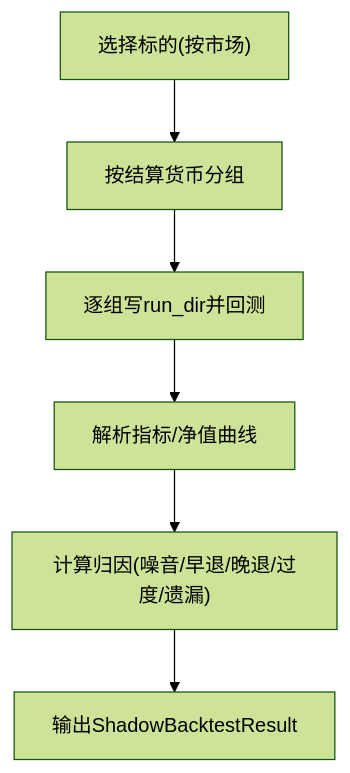
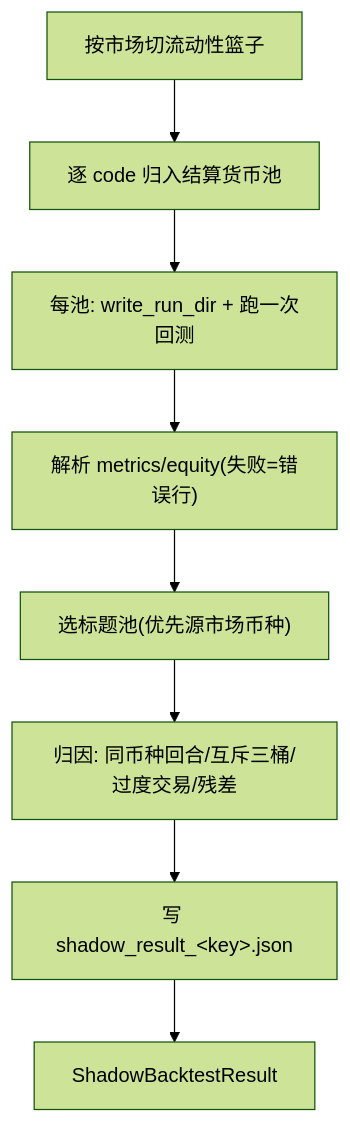
The fifth of 7 diagrams in repowiki/topics/安全与治理/影子账户.md (hjfire/vibe-trading-fw), drawn with Mermaid (forest theme) before and after one commit. The commit also changed other lines of this file and 5 other files, not shown here.

````diff
--- a/repowiki/topics/安全与治理/影子账户.md
+++ b/repowiki/topics/安全与治理/影子账户.md
@@ -195,8 +256,10 @@
 ```mermaid
 flowchart TD
-S["选择标的(按市场)"] --> G["按结算货币分组"]
-G --> R["逐组写run_dir并回测"]
-R --> M["解析指标/净值曲线"]
-M --> A["计算归因(噪音/早退/晚退/过度/遗漏)"]
-A --> O["输出ShadowBacktestResult"]
+S["按市场切流动性篮子"] --> G["逐 code 归入结算货币池"]
+G --> R["每池: write_run_dir + 跑一次回测"]
+R --> M["解析 metrics/equity(失败=错误行)"]
+M --> H["选标题池(优先源市场币种)"]
+H --> A["归因: 同币种回合/互斥三桶/过度交易/残差"]
+A --> W["写 shadow_result_&lt;key&gt;.json"]
+W --> O["ShadowBacktestResult"]
 ```
````
